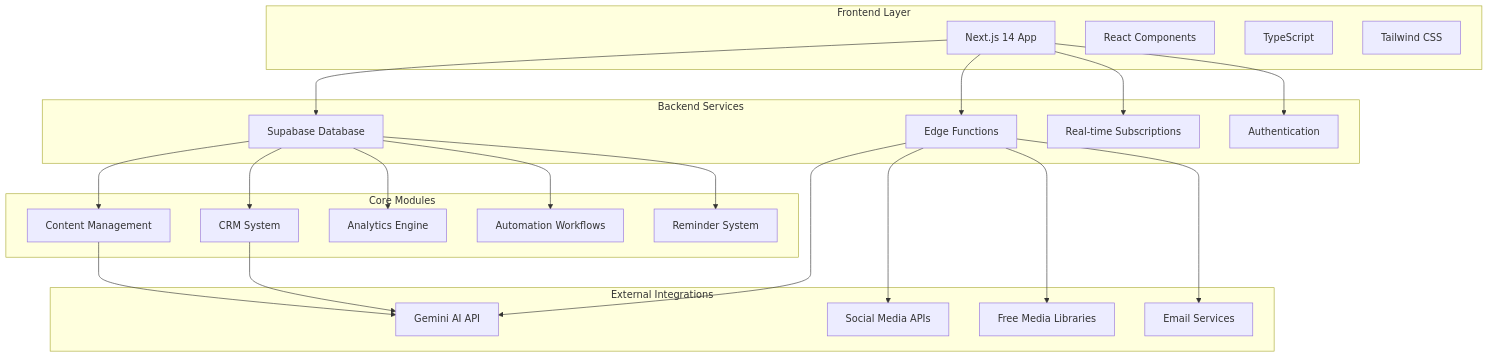
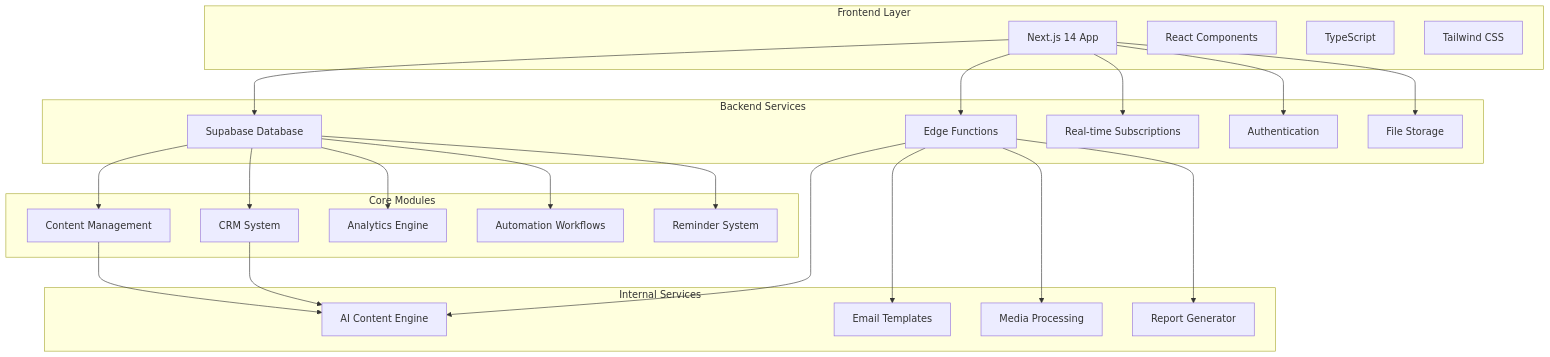
Before and after one commit to mathfrancisco/FreelaHub: the first of 5 diagrams in README.md, drawn with Mermaid. The commit also changed other lines of this file, not shown here.

````diff
--- a/README.md
+++ b/README.md
@@ -19,51 +21,53 @@
 ```mermaid
 graph TB
     subgraph "Frontend Layer"
         A[Next.js 14 App]
         B[React Components]
         C[TypeScript]
         D[Tailwind CSS]
     end
 
     subgraph "Backend Services"
         E[Supabase Database]
         F[Edge Functions]
         G[Real-time Subscriptions]
         H[Authentication]
+        I[File Storage]
     end
 
-    subgraph "External Integrations"
-        I[Gemini AI API]
-        J[Social Media APIs]
-        K[Free Media Libraries]
-        L[Email Services]
+    subgraph "Internal Services"
+        J[AI Content Engine]
+        K[Email Templates]
+        L[Media Processing]
+        M[Report Generator]
     end
 
     subgraph "Core Modules"
-        M[Content Management]
-        N[CRM System]
-        O[Analytics Engine]
-        P[Automation Workflows]
-        Q[Reminder System]
+        N[Content Management]
+        O[CRM System]
+        P[Analytics Engine]
+        Q[Automation Workflows]
+        R[Reminder System]
     end
 
     %% Conexões
     A --> E
     A --> F
     A --> G
     A --> H
+    A --> I
 
-    F --> I
     F --> J
     F --> K
     F --> L
+    F --> M
 
-    E --> M
     E --> N
     E --> O
     E --> P
     E --> Q
+    E --> R
 
-    M --> I
-    N --> I
+    N --> J
+    O --> J
 ```
````
